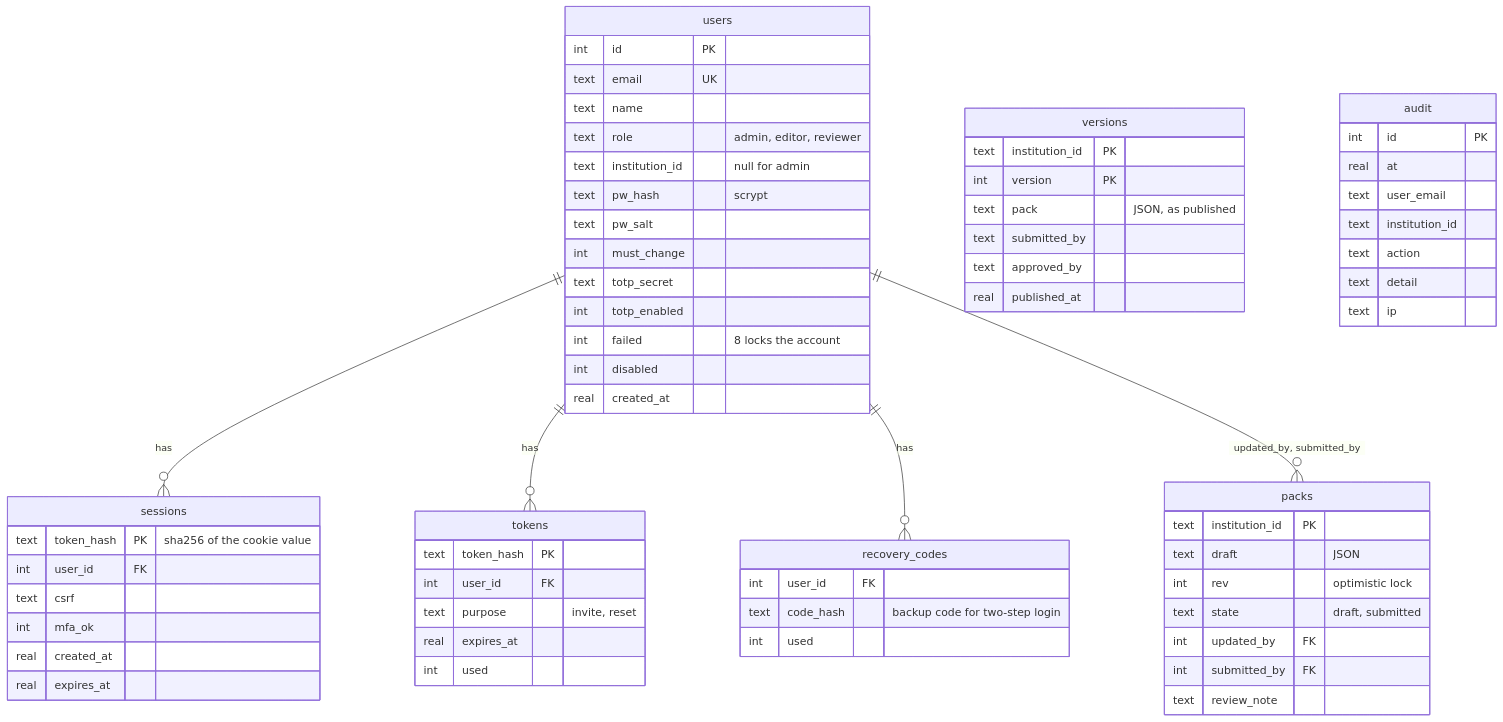
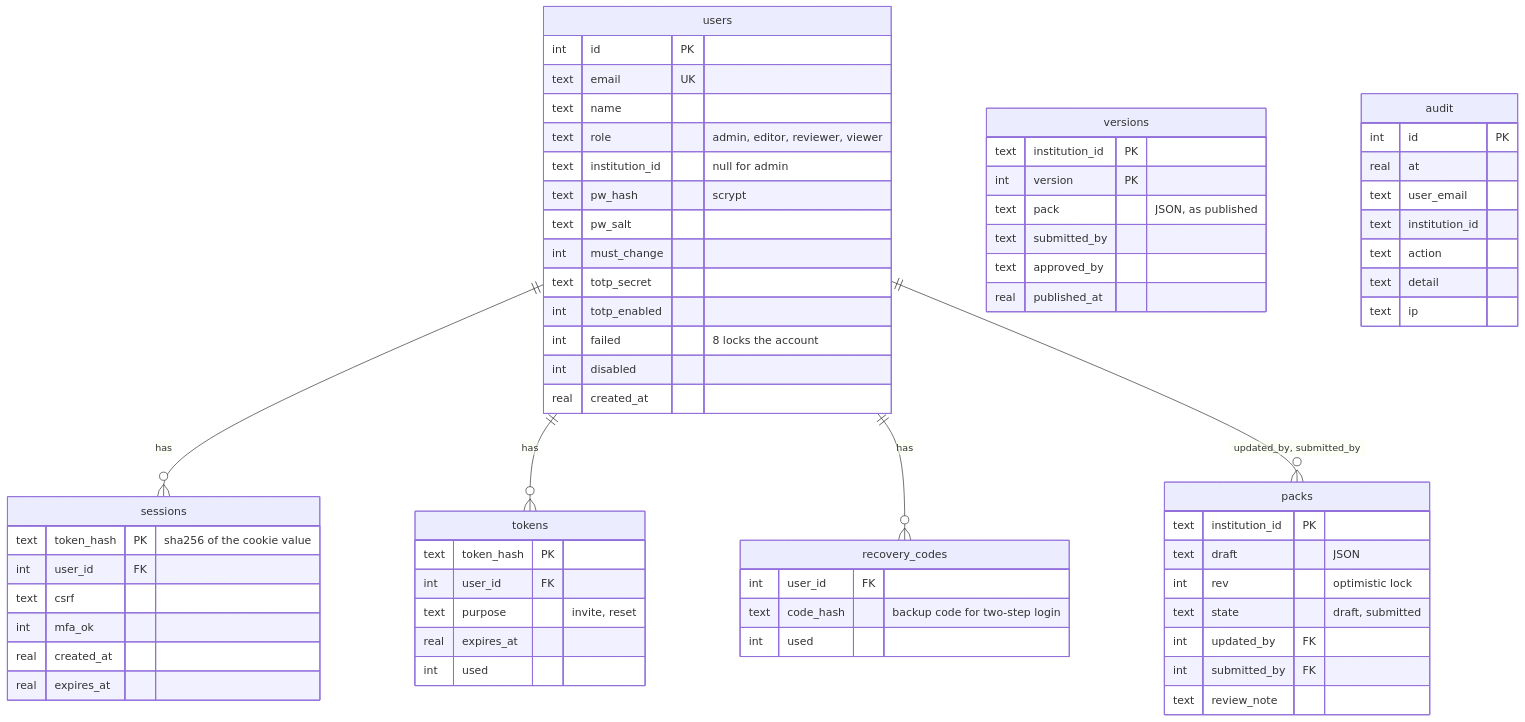
The diagram in docs/data-model.md (mutarisi-chibaya/education), drawn with Mermaid before and after one commit. The commit also changed 24 other files, not shown here.

````diff
--- a/docs/data-model.md
+++ b/docs/data-model.md
@@ -88,69 +88,69 @@
 ```mermaid
 erDiagram
     users ||--o{ sessions : "has"
     users ||--o{ tokens : "has"
     users ||--o{ recovery_codes : "has"
     users ||--o{ packs : "updated_by, submitted_by"
 
     users {
         int id PK
         text email UK
         text name
-        text role "admin, editor, reviewer"
+        text role "admin, editor, reviewer, viewer"
         text institution_id "null for admin"
         text pw_hash "scrypt"
         text pw_salt
         int must_change
         text totp_secret
         int totp_enabled
         int failed "8 locks the account"
         int disabled
         real created_at
     }
     sessions {
         text token_hash PK "sha256 of the cookie value"
         int user_id FK
         text csrf
         int mfa_ok
         real created_at
         real expires_at
     }
     tokens {
         text token_hash PK
         int user_id FK
         text purpose "invite, reset"
         real expires_at
         int used
     }
     recovery_codes {
         int user_id FK
         text code_hash "backup code for two-step login"
         int used
     }
     packs {
         text institution_id PK
         text draft "JSON"
         int rev "optimistic lock"
         text state "draft, submitted"
         int updated_by FK
         int submitted_by FK
         text review_note
     }
     versions {
         text institution_id PK
         int version PK
         text pack "JSON, as published"
         text submitted_by
         text approved_by
         real published_at
     }
     audit {
         int id PK
         real at
         text user_email
         text institution_id
         text action
         text detail
         text ip
     }
 ```
````
